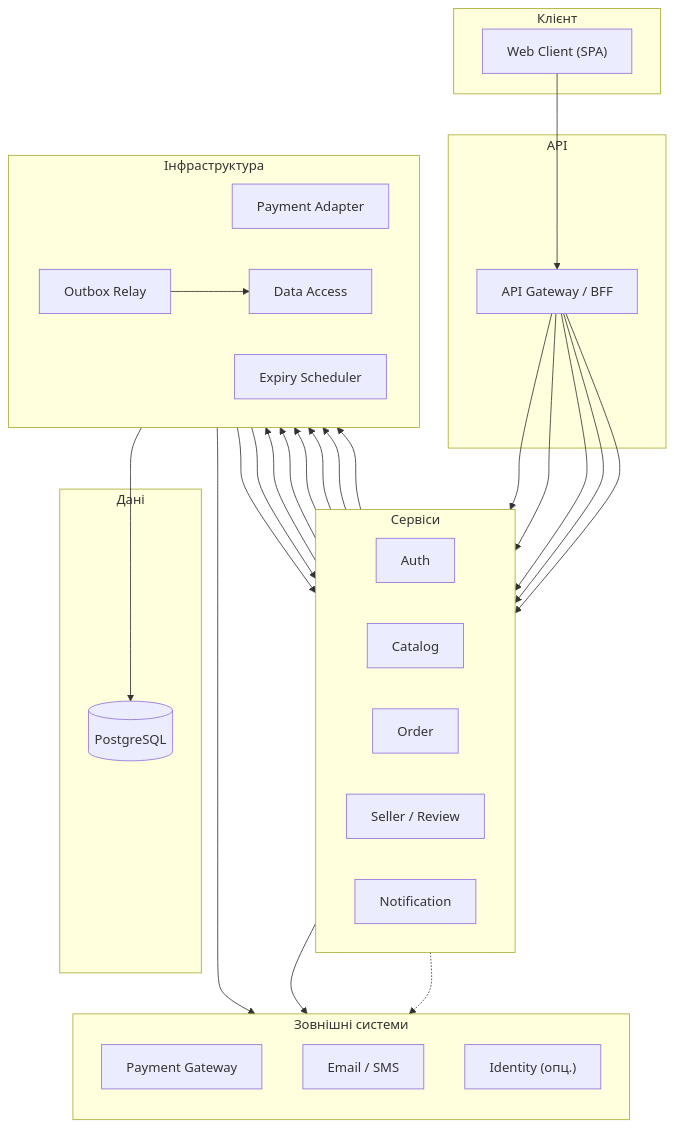
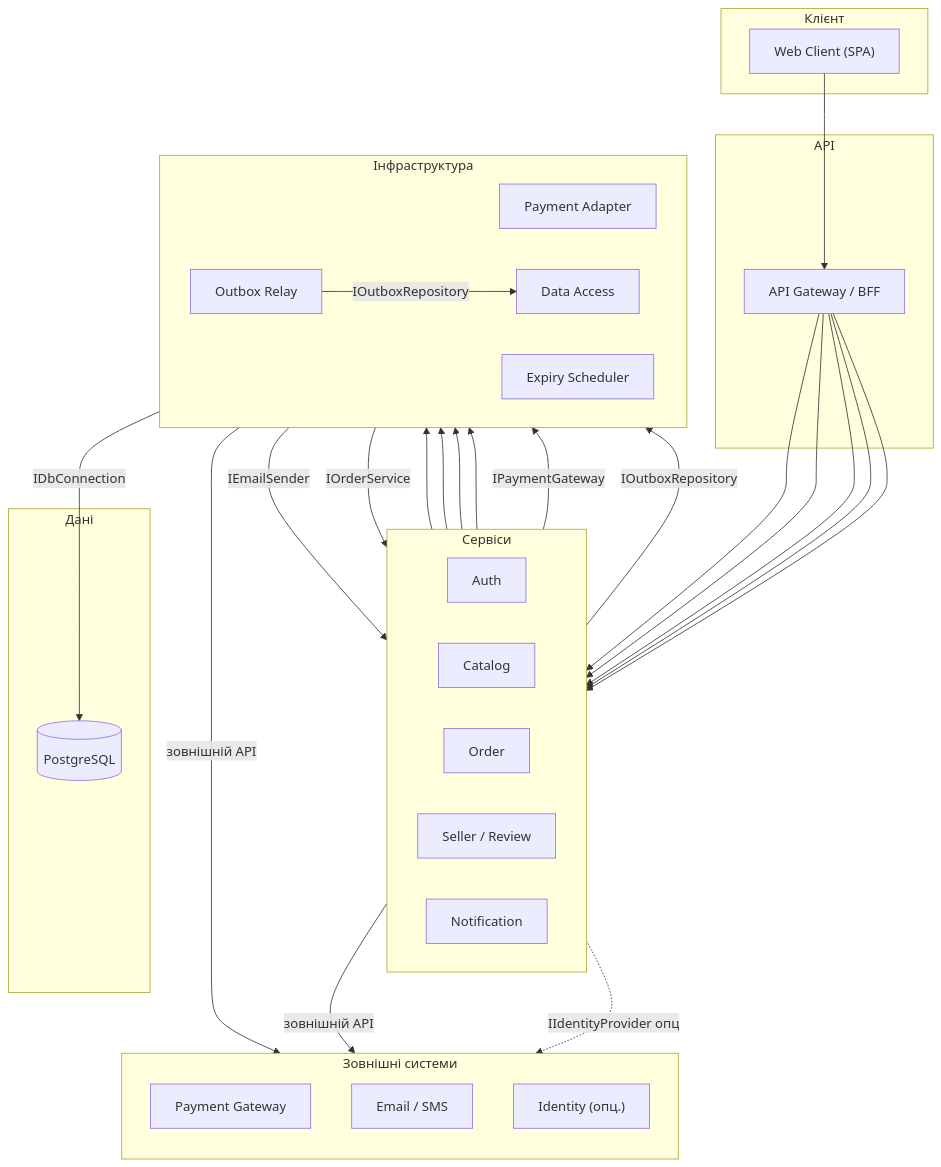
Before and after one commit to Stefect/Modeling-and-Analysis-of-Software-Requirements: the diagram in task-5/component.md, drawn with Mermaid.

Commit message:
refactor: додано короткі labels до ключових стрілок Mermaid

````diff
--- a/task-5/component.md
+++ b/task-5/component.md
@@ -9,70 +9,70 @@
 ```mermaid
 %%{init: {'flowchart': {'curve': 'basis'}}}%%
 flowchart TB
     %% --- Клієнт ---
     subgraph Client["Клієнт"]
         WebClient["Web Client (SPA)"]
     end
 
     %% --- API ---
     subgraph API["API"]
         Gateway["API Gateway / BFF"]
     end
 
     %% --- Сервіси ---
     subgraph Services["Сервіси"]
         direction LR
         AuthService["Auth"]
         CatalogService["Catalog"]
         OrderService["Order"]
         SellerReviewService["Seller / Review"]
         NotificationService["Notification"]
     end
 
     %% --- Інфраструктура ---
     subgraph Infra["Інфраструктура"]
         direction LR
         PaymentAdapter["Payment Adapter"]
         OutboxRelay["Outbox Relay"]
         ExpiryScheduler["Expiry Scheduler"]
         DataAccess["Data Access"]
     end
 
     %% --- Дані ---
     subgraph Data["Дані"]
         Database[("PostgreSQL")]
     end
 
     %% --- Зовнішні ---
     subgraph External["Зовнішні системи"]
         direction TB
         PaymentGateway["Payment Gateway"]
         EmailProvider["Email / SMS"]
         IdentityProvider["Identity (опц.)"]
     end
 
     %% --- Зв'язки (основний потік) ---
     WebClient --> Gateway
     Gateway --> AuthService
     Gateway --> CatalogService
     Gateway --> OrderService
     Gateway --> SellerReviewService
     Gateway --> NotificationService
 
     AuthService --> DataAccess
     CatalogService --> DataAccess
     OrderService --> DataAccess
     SellerReviewService --> DataAccess
 
-    OrderService --> PaymentAdapter
-    OrderService --> OutboxRelay
-    OutboxRelay --> DataAccess
-    OutboxRelay --> NotificationService
-    ExpiryScheduler --> OrderService
+    OrderService -->|IPaymentGateway| PaymentAdapter
+    OrderService -->|IOutboxRepository| OutboxRelay
+    OutboxRelay -->|IOutboxRepository| DataAccess
+    OutboxRelay -->|IEmailSender| NotificationService
+    ExpiryScheduler -->|IOrderService| OrderService
 
-    PaymentAdapter --> PaymentGateway
-    NotificationService --> EmailProvider
-    AuthService -.-> IdentityProvider
+    PaymentAdapter -->|зовнішній API| PaymentGateway
+    NotificationService -->|зовнішній API| EmailProvider
+    AuthService -.->|IIdentityProvider опц| IdentityProvider
 
-    DataAccess --> Database
+    DataAccess -->|IDbConnection| Database
 ```
````
